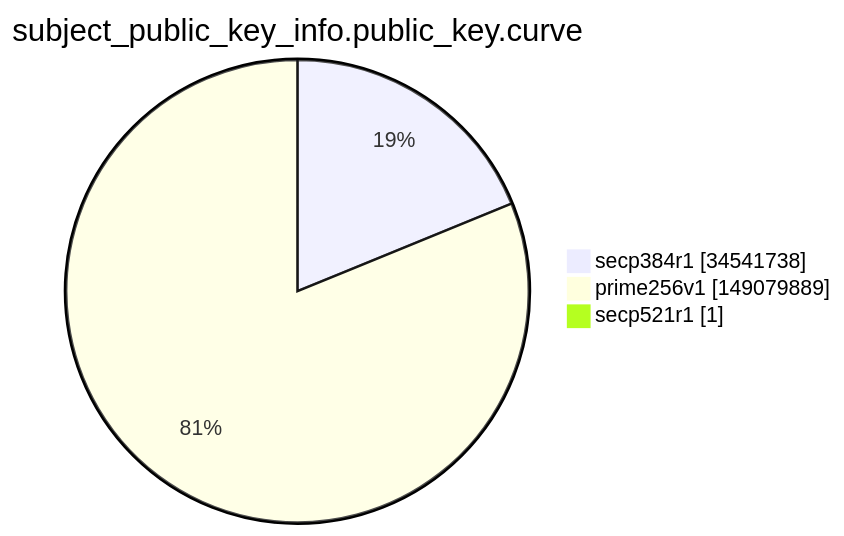
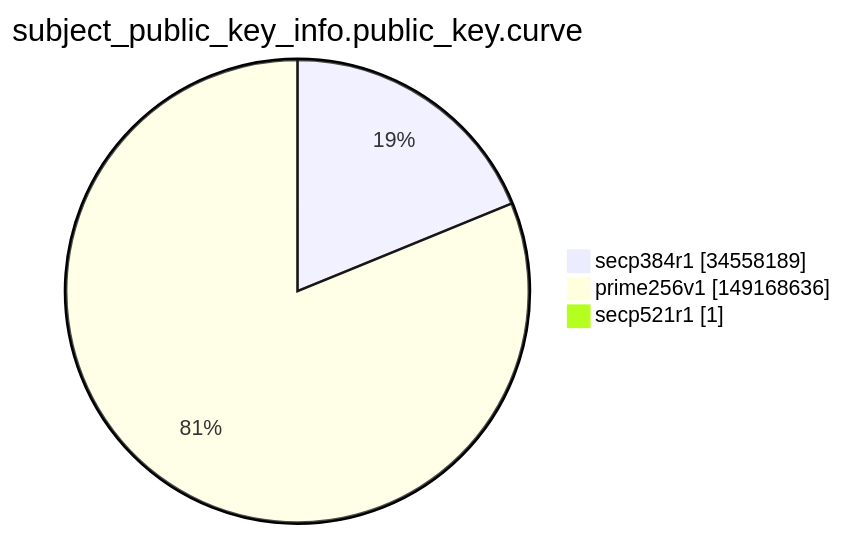
The ninth of 15 diagrams in argon2022/README.md (christiankrug/ctmonitor_visualization), drawn with Mermaid before and after one commit. The commit also changed other lines of this file, not shown here.

````diff
--- a/argon2022/README.md
+++ b/argon2022/README.md
@@ -2764,7 +2764,7 @@
 ```mermaid
 pie showData
 title subject_public_key_info.public_key.curve
-"secp384r1" :34541738
-"prime256v1" :149079889
+"secp384r1" :34558189
+"prime256v1" :149168636
 "secp521r1" :1
 ```
````
